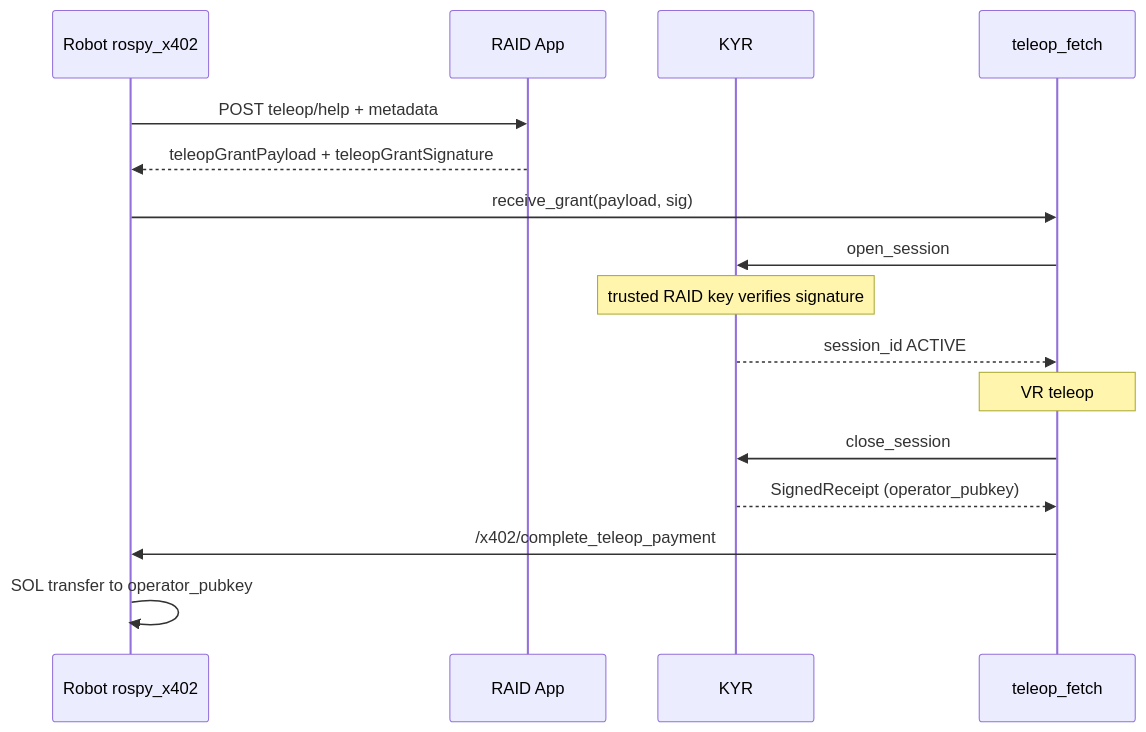
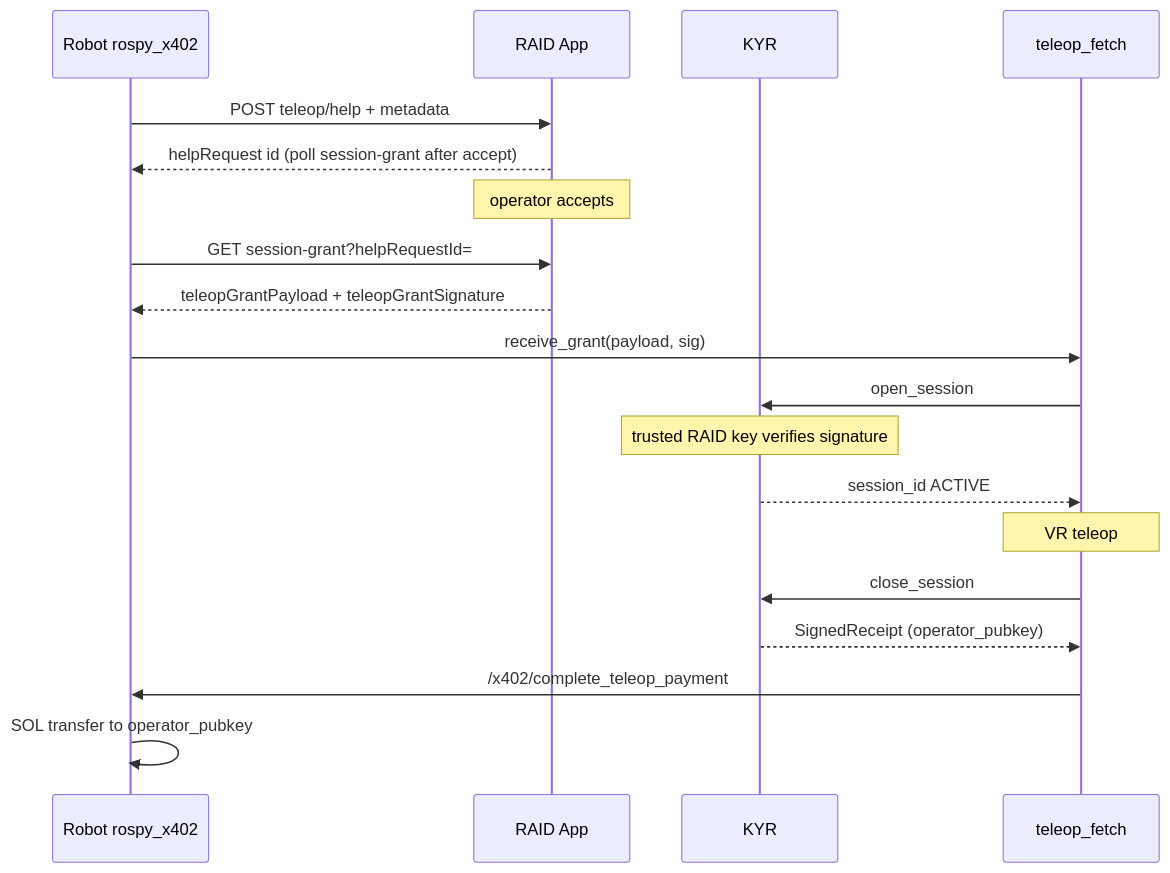
The diagram in DOC/RAID_APP_TELEOP_HELP_FULL_CYCLE_X402_SPEC.md (homebrewroboticsclub/Ros-X402-Node), drawn with Mermaid before and after one commit. The commit also changed other lines of this file and 3 other files, not shown here.

````diff
--- a/DOC/RAID_APP_TELEOP_HELP_FULL_CYCLE_X402_SPEC.md
+++ b/DOC/RAID_APP_TELEOP_HELP_FULL_CYCLE_X402_SPEC.md
@@ -123,19 +137,22 @@
 ```mermaid
 sequenceDiagram
     participant R as Robot rospy_x402
     participant RAID as RAID App
     participant KYR as KYR
     participant T as teleop_fetch
 
     R->>RAID: POST teleop/help + metadata
+    RAID-->>R: helpRequest id (poll session-grant after accept)
+    Note over RAID: operator accepts
+    R->>RAID: GET session-grant?helpRequestId=
     RAID-->>R: teleopGrantPayload + teleopGrantSignature
     R->>T: receive_grant(payload, sig)
     T->>KYR: open_session
     Note over KYR: trusted RAID key verifies signature
     KYR-->>T: session_id ACTIVE
     Note over T: VR teleop
     T->>KYR: close_session
     KYR-->>T: SignedReceipt (operator_pubkey)
     T->>R: /x402/complete_teleop_payment
     R->>R: SOL transfer to operator_pubkey
 ```
````
